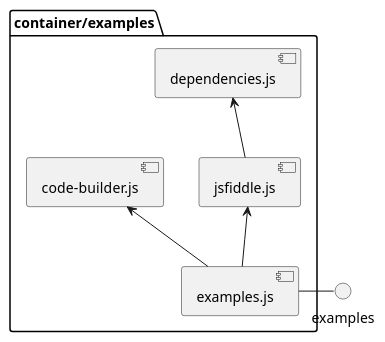
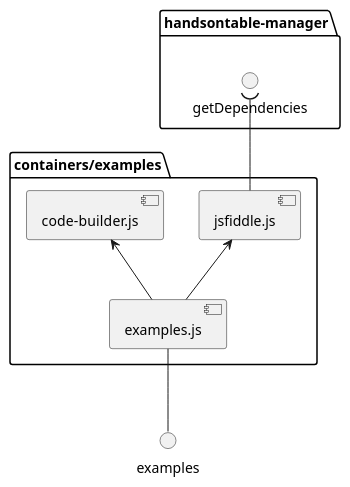
One commit to handsontable/handsontable changed the diagram in docs/.vuepress/containers/examples/README.md. Above: the diagram before and after it, drawn with PlantUML. The commit also changed other lines of this file and 18 other files, not shown here.

Commit message:
Add handsontable manager into build proccess Refactoring handsontable manager, remove duplications Describe handsontable manager module ESLint fix

````diff
--- a/docs/.vuepress/containers/examples/README.md
+++ b/docs/.vuepress/containers/examples/README.md
@@ -12,19 +12,23 @@
 ```plantuml
 @startuml
 
-package "container/examples" {
-  [dependencies.js]
+package "containers/examples" {
   [code-builder.js]
   [jsfiddle.js]
   [examples.js]
 }
-
 interface "examples"
 
-[examples] -left- [examples.js]
+
+package "handsontable-manager" {
+    interface "getDependencies"
+}
+
+
+[examples] -up- [examples.js]
 [examples.js] -up-> [code-builder.js]
 [examples.js] -up-> [jsfiddle.js]
-[jsfiddle.js] -up-> [dependencies.js]
+[jsfiddle.js] -up-( [getDependencies]
 
 @enduml
 ```
````
